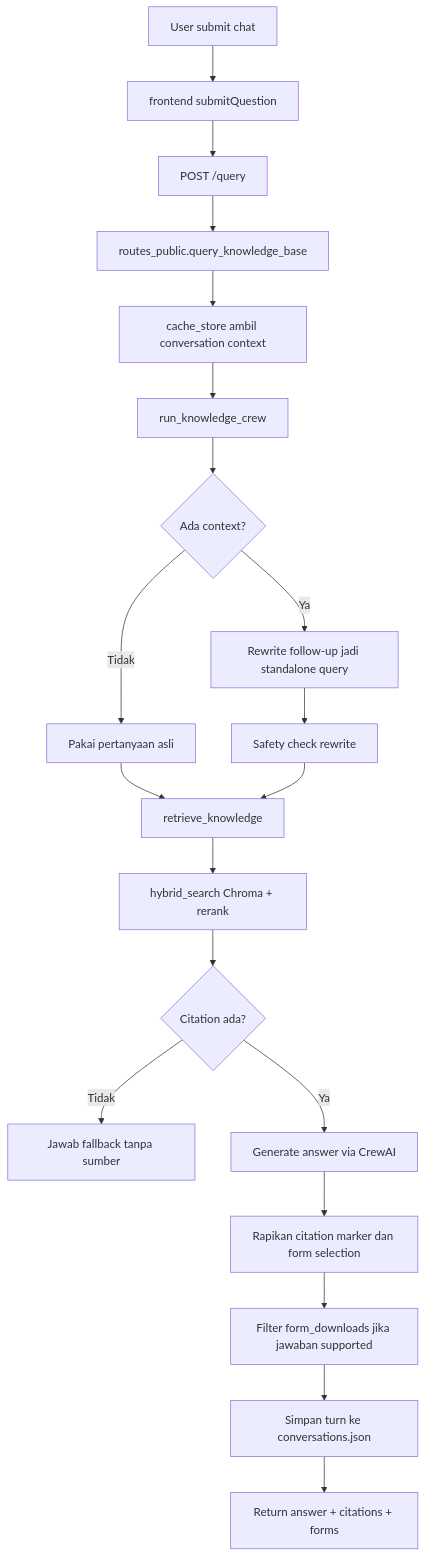
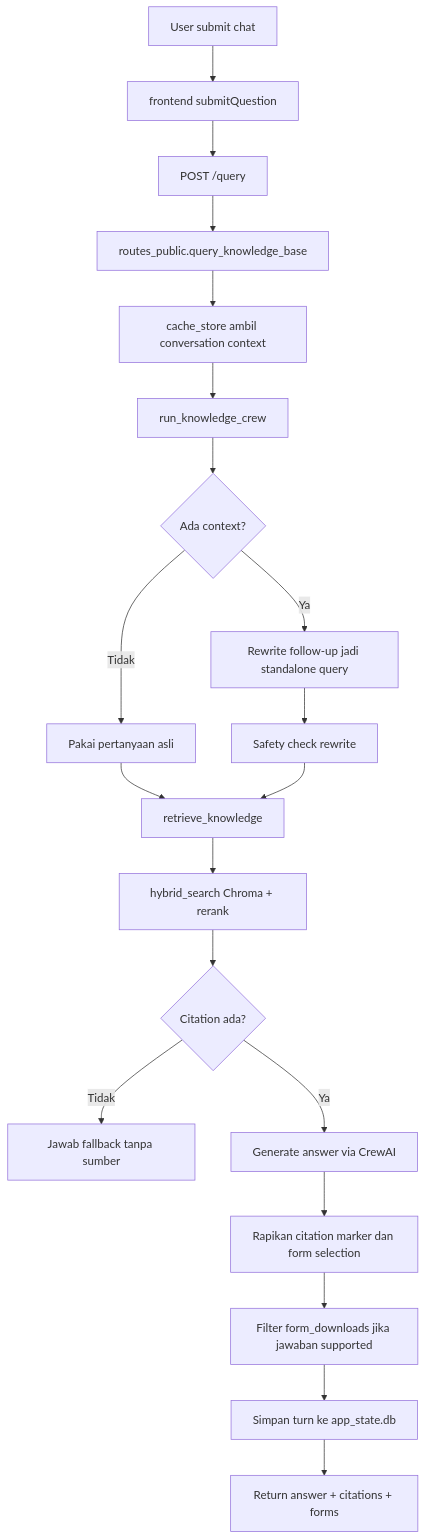
Before and after one commit to Akram17t/Internship: the first of 4 diagrams in Capstone/docs/SYSTEM_FLOWS.md, drawn with Mermaid. The commit also changed other lines of this file and 8 other files, not shown here.

````diff
--- a/Capstone/docs/SYSTEM_FLOWS.md
+++ b/Capstone/docs/SYSTEM_FLOWS.md
@@ -11,22 +11,22 @@
 ```mermaid
 flowchart TD
   A[User submit chat] --> B[frontend submitQuestion]
   B --> C[POST /query]
   C --> D[routes_public.query_knowledge_base]
   D --> E[cache_store ambil conversation context]
   E --> F[run_knowledge_crew]
   F --> G{Ada context?}
   G -->|Ya| H[Rewrite follow-up jadi standalone query]
   G -->|Tidak| I[Pakai pertanyaan asli]
   H --> J[Safety check rewrite]
   I --> K[retrieve_knowledge]
   J --> K
   K --> L[hybrid_search Chroma + rerank]
   L --> M{Citation ada?}
   M -->|Tidak| N[Jawab fallback tanpa sumber]
   M -->|Ya| O[Generate answer via CrewAI]
   O --> P[Rapikan citation marker dan form selection]
   P --> Q[Filter form_downloads jika jawaban supported]
-  Q --> R[Simpan turn ke conversations.json]
+  Q --> R[Simpan turn ke app_state.db]
   R --> S[Return answer + citations + forms]
 ```
````
